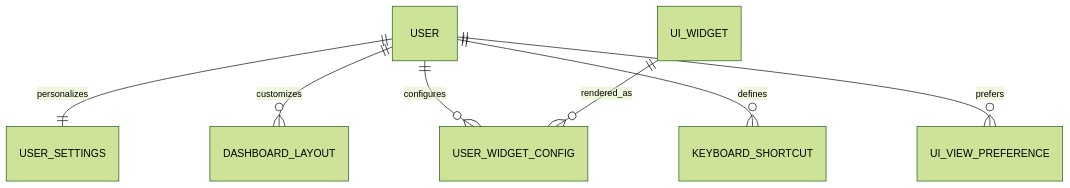
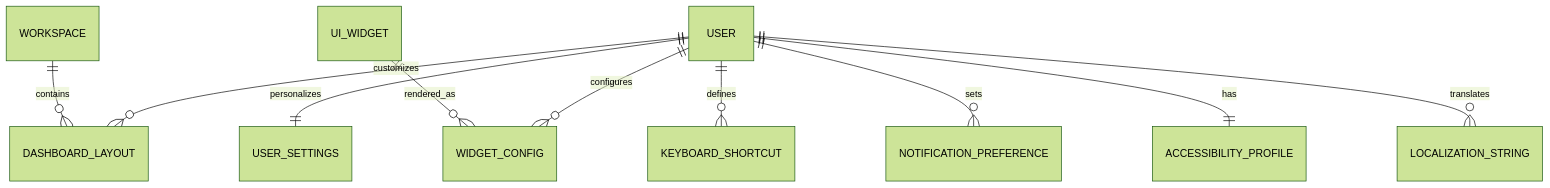
Before and after one commit to nmtrucworking/PronaFlow: the diagram in backend/docs/02-Architeture/Entity Relationship Diagram - Details/Functional Module 9 - User Experience Personalization.md, drawn with Mermaid (forest theme). The commit also changed other lines of this file and 1453 other files, not shown here.

````diff
--- a/backend/docs/02-Architeture/Entity Relationship Diagram - Details/Functional Module 9 - User Experience Personalization.md
+++ b/backend/docs/02-Architeture/Entity Relationship Diagram - Details/Functional Module 9 - User Experience Personalization.md
@@ -10,11 +40,14 @@
 ```mermaid
 erDiagram
     USER ||--|| USER_SETTINGS : personalizes
     USER ||--o{ DASHBOARD_LAYOUT : customizes
-    USER ||--o{ USER_WIDGET_CONFIG : configures
+    USER ||--o{ WIDGET_CONFIG : configures
     USER ||--o{ KEYBOARD_SHORTCUT : defines
-    USER ||--o{ UI_VIEW_PREFERENCE : prefers
+    USER ||--o{ NOTIFICATION_PREFERENCE : sets
+    USER ||--|| ACCESSIBILITY_PROFILE : has
+    USER ||--o{ LOCALIZATION_STRING : translates
 
-    UI_WIDGET ||--o{ USER_WIDGET_CONFIG : rendered_as
-
+    WORKSPACE ||--o{ DASHBOARD_LAYOUT : contains
+    
+    UI_WIDGET ||--o{ WIDGET_CONFIG : rendered_as
 ```
````
